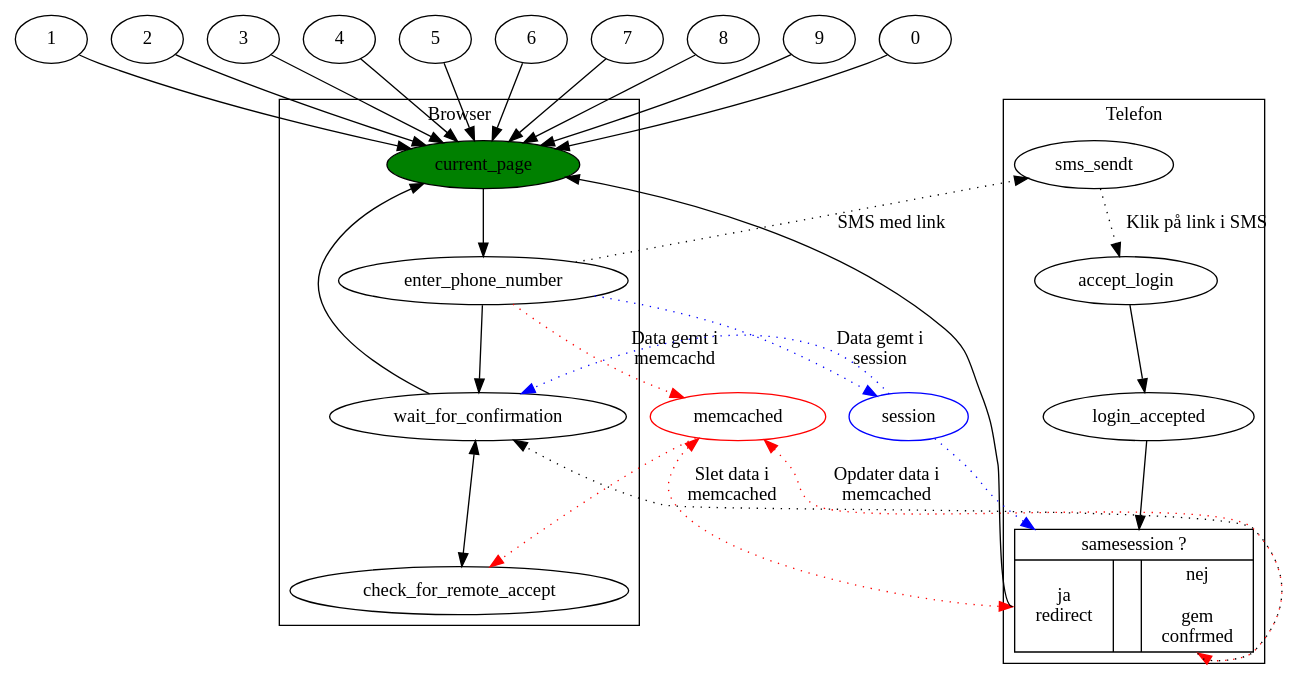
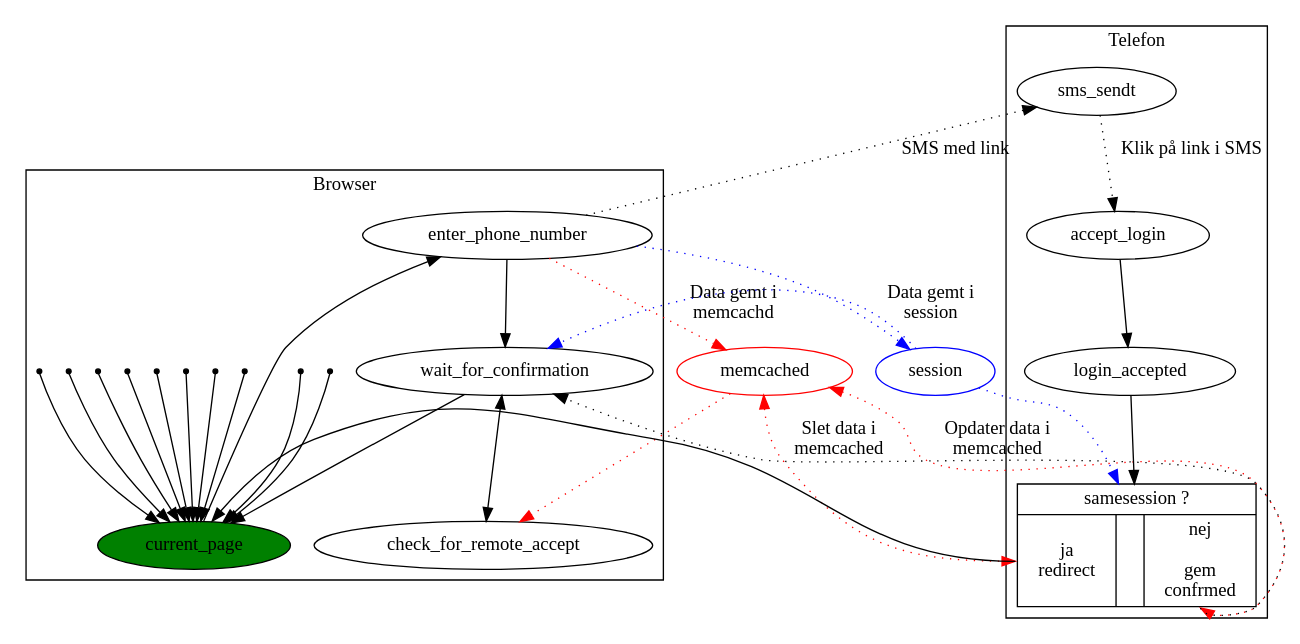
Before and after one commit to alslug/alslug.dk: the diagram in projekter/sms-login.dot, drawn with Graphviz.

```diff
--- a/projekter/sms-login.dot
+++ b/projekter/sms-login.dot
@@ -1,45 +1,48 @@
 digraph xxx {
-  {1,2,3,4,5,6,7,8,9,0} -> current_page;
   {
     edge [ color=red style=dotted ];
 ////////////////////////////////////////////////////////////////////////////////////////////
     enter_phone_number -> memcached [ label="Data gemt i \nmemcachd"]; /////
                           memcached [ color = red ];
                           memcached -> check_for_remote_accept;
                           memcached -> same_session:ja [ label = "Slet data i \nmemcached" dir=both ];
                           memcached -> same_session:nej [ label = "Opdater data i \nmemcached" dir=both ];
 ////////////////////////////////////////////////////////////////////////////////////////////
   }
   {
     edge [ color=blue style=dotted ];
 ////////////////////////////////////////////////////////////////////////////////////////////
         enter_phone_number -> session [ label="Data gemt i \nsession"];    /////
                               session [ color = blue ];
                               session -> wait_for_confirmation;
                               session -> same_session;
 ////////////////////////////////////////////////////////////////////////////////////////////
   }
   subgraph cluster_browser {
     label = "Browser";
+
     current_page [ style=filled fillcolor=green ];
     current_page ->
           enter_phone_number ->
                 wait_for_confirmation ->
                       current_page;
                 wait_for_confirmation ->
                       check_for_remote_accept [ dir=both ];
+
+    node [ shape=point ];
+    {1,2,3,4,5,6,7,8,9,0} -> current_page;
   }
   subgraph cluster_telefon {
     label = "Telefon";
     same_session [ shape=record label="{samesession ?|{<ja> ja\nredirect| &nbsp; |<nej> nej\n\ngem\nconfrmed}}" ];
     sms_sendt ->
           accept_login [ style=dotted label="Klik på link i SMS" ];
           accept_login ->
                 login_accepted->
                       same_session;
                       same_session:ja -> current_page;
                       same_session:nej -> wait_for_confirmation [ style=dotted ];
   }
   
   enter_phone_number -> sms_sendt [ style= dotted label="SMS med link"];
 }
```
